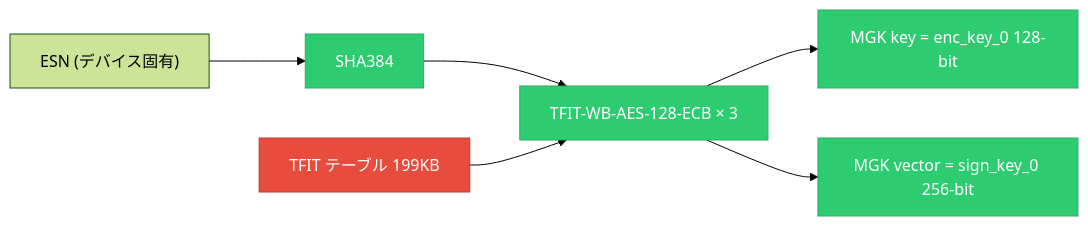
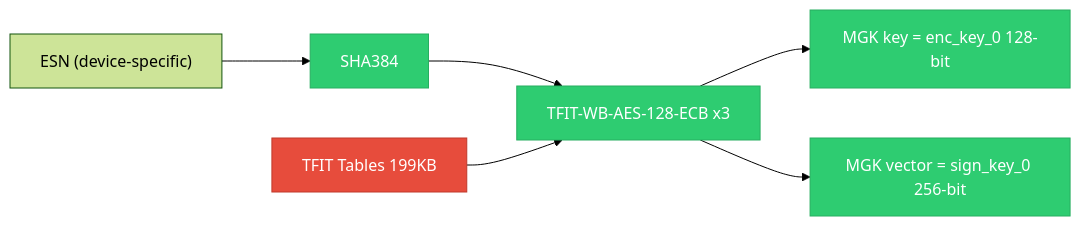
The first of 9 diagrams in docs/spec/msl_key_relationship.md (qtmleap/revkit), drawn with Mermaid (forest theme) before and after one commit. The commit also changed other lines of this file, not shown here.

First line of the commit message:
docs(spec): Mermaid 図のラベルを全て英語に変更

````diff
--- a/docs/spec/msl_key_relationship.md
+++ b/docs/spec/msl_key_relationship.md
@@ -12,14 +12,14 @@
 ```mermaid
 graph LR
-    ESN["ESN (デバイス固有)"] --> SHA384_ESN["SHA384"]
-    SHA384_ESN --> TFIT_ECB["TFIT-WB-AES-128-ECB × 3"]
-    TFIT_TBL["TFIT テーブル 199KB"] --> TFIT_ECB
+    ESN["ESN (device-specific)"] --> SHA384_ESN["SHA384"]
+    SHA384_ESN --> TFIT_ECB["TFIT-WB-AES-128-ECB x3"]
+    TFIT_TBL["TFIT Tables 199KB"] --> TFIT_ECB
     TFIT_ECB --> MGK_ENC["MGK key = enc_key_0 128-bit"]
     TFIT_ECB --> MGK_SIGN["MGK vector = sign_key_0 256-bit"]
 
     style TFIT_TBL fill:#e74c3c,stroke:#c0392b,color:#fff
     style MGK_ENC fill:#2ecc71,stroke:#27ae60,color:#fff
     style MGK_SIGN fill:#2ecc71,stroke:#27ae60,color:#fff
     style SHA384_ESN fill:#2ecc71,stroke:#27ae60,color:#fff
     style TFIT_ECB fill:#2ecc71,stroke:#27ae60,color:#fff
 ```
````
